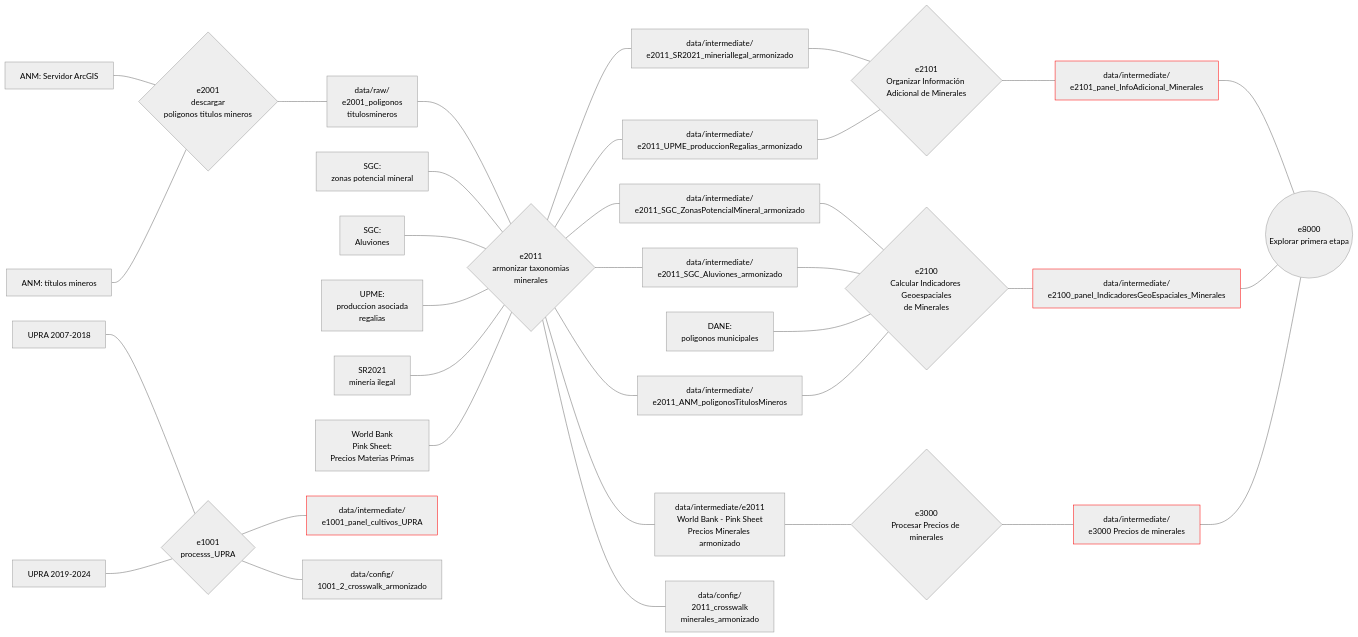
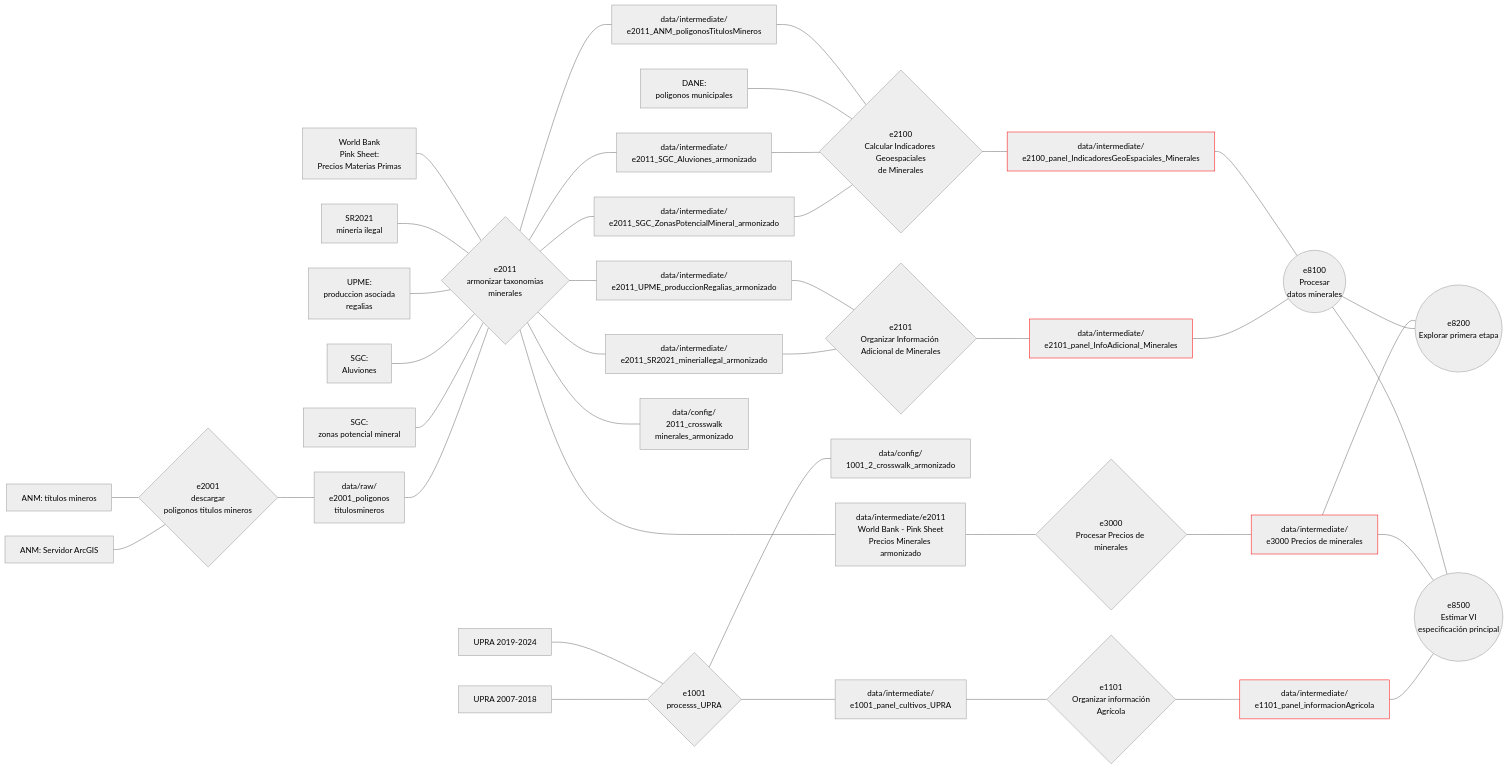
One commit to JC-AlfonsoR/PEG-mining-agriculture changed the diagram in README.md. Above: the diagram before and after it, drawn with Mermaid (neutral theme). The commit also changed 3 other files, not shown here.

Commit message:
Preparar estructura para estimar VI

````diff
--- a/README.md
+++ b/README.md
@@ -47,12 +47,14 @@
 e2011_WbPinkSheet_preciosMinerales_armonizado[data/intermediate/e2011
 World Bank - Pink Sheet
 Precios Minerales armonizado]
+e1001_panel_cultivos_UPRA[data/intermediate/
+e1001_panel_cultivos_UPRA]
 
 
 
 %% Bases de datos intermedias para STATA
-e1001_panel_cultivos_UPRA[data/intermediate/
-e1001_panel_cultivos_UPRA]:::base_para_stata
+e1101_panel_informacion_agricola[data/intermediate/
+e1101_panel_informacionAgricola]:::base_para_stata
 e2100_panel_IndicadoresGeoEspaciales_Minerales[data/intermediate/
 e2100_panel_IndicadoresGeoEspaciales_Minerales]:::base_para_stata
 e2101_panel_InfoAdicional_Minerales[data/intermediate/
@@ -68,24 +70,46 @@
 minerales_armonizado]
 
 
-%% engines
+%% engines Python
 e1001_processs_UPRA{e1001
 processs_UPRA}
+
+e1101_organizar_info_agricola{e1101
+Organizar información
+Agrícola}
+
+
+
+
 e2001_descargar_poligonostitulosmineros{e2001
 descargar
 poligonos titulos mineros}
+
 e2011_armonizar_taxonomias_minerales{e2011
 armonizar taxonomias
 minerales}
+
 e2100_calcular_indicadoresGeoEspaciales_minerales{e2100
 Calcular Indicadores Geoespaciales
 de Minerales}
+
 e2101_organizar_informacionAdicional_minerales{e2101
 Organizar Información Adicional de Minerales}
+
 e3000_procesarPreciosMinerales{e3000
 Procesar Precios de minerales}
-e8000_explorar_primera_etapa((e8000 
+
+%% engines STATA
+e8100_procesar_datos_minerales((e8100 
+Procesar
+datos minerales))
+
+e8200_explorar_primera_etapa((e8200 
 Explorar primera etapa))
+
+e8500_estimar_VI_especificacion_principal((e8500 
+Estimar VI
+especificación principal))
 
 %% conexiones
 
@@ -135,9 +159,20 @@
 e2011_WbPinkSheet_preciosMinerales_armonizado---e3000_procesarPreciosMinerales
 e3000_procesarPreciosMinerales---e3000_preciosMinerales
 
+%% Pre-procesamiento STATA
+e2101_panel_InfoAdicional_Minerales---e8100_procesar_datos_minerales
+e2100_panel_IndicadoresGeoEspaciales_Minerales---e8100_procesar_datos_minerales
+
 %% Primera etapa STATA
-e2101_panel_InfoAdicional_Minerales---e8000_explorar_primera_etapa
-e2100_panel_IndicadoresGeoEspaciales_Minerales---e8000_explorar_primera_etapa
-e3000_preciosMinerales---e8000_explorar_primera_etapa
+e8100_procesar_datos_minerales---e8200_explorar_primera_etapa
+e3000_preciosMinerales---e8200_explorar_primera_etapa
+
+
+%% VI
+e1001_panel_cultivos_UPRA---e1101_organizar_info_agricola
+e1101_organizar_info_agricola---e1101_panel_informacion_agricola
+e1101_panel_informacion_agricola---e8500_estimar_VI_especificacion_principal
+e3000_preciosMinerales---e8500_estimar_VI_especificacion_principal
+e8100_procesar_datos_minerales---e8500_estimar_VI_especificacion_principal
 
 ```
````
